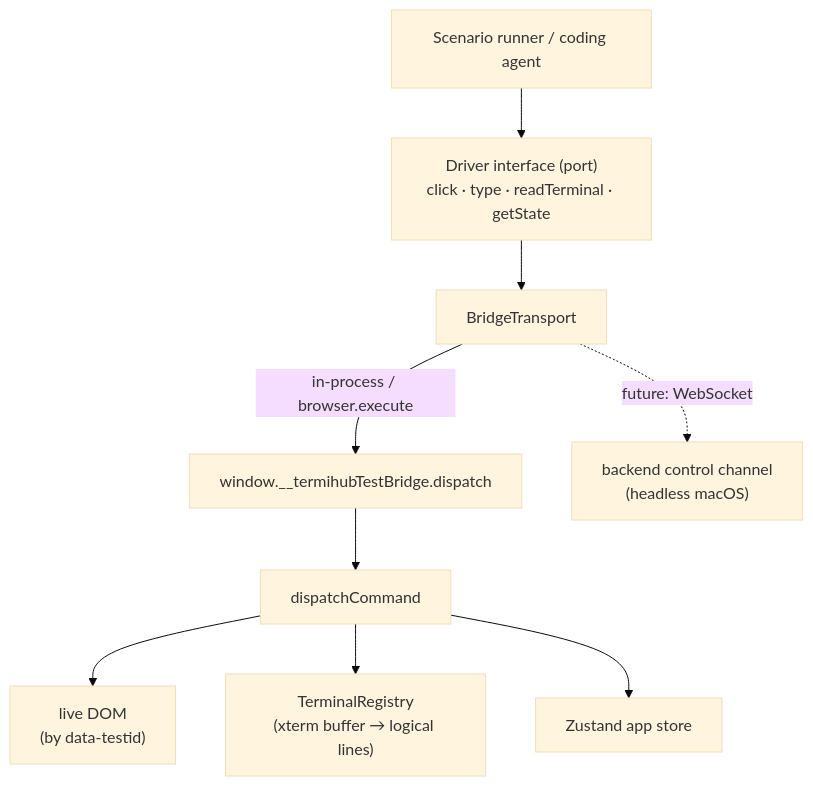
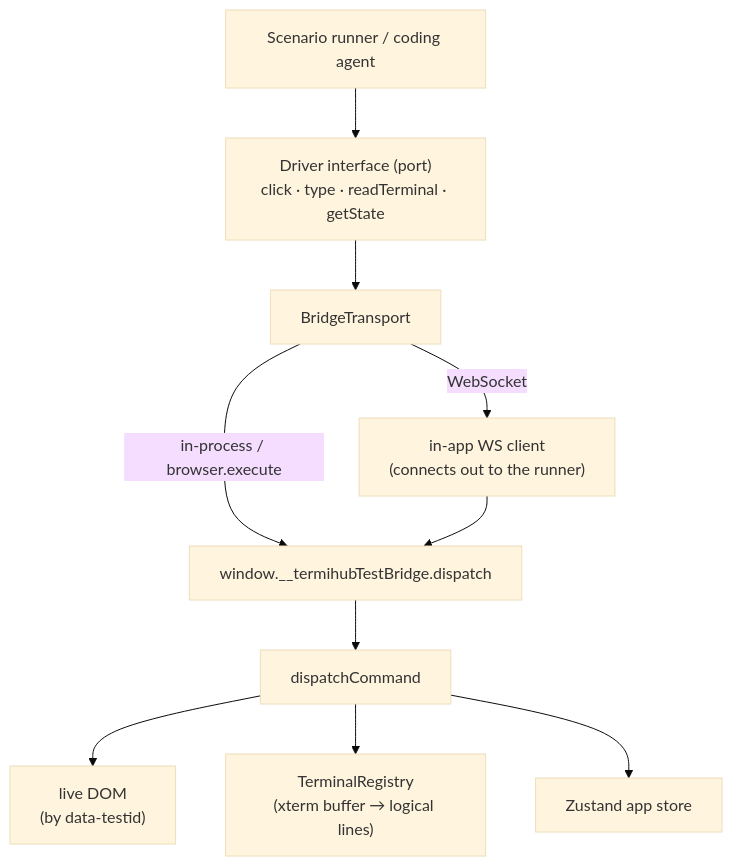
One commit to armaxri/termiHub changed the first of 2 diagrams in docs/test-bridge.md. Above: the diagram before and after it, drawn with Mermaid (base theme). The commit also changed other lines of this file and 1 other file, not shown here.

First line of the commit message:
docs(testbridge): document the cross-platform WebSocket transport

````diff
--- a/docs/test-bridge.md
+++ b/docs/test-bridge.md
@@ -30,11 +30,12 @@
 ```mermaid
 flowchart TD
     R["Scenario runner / coding agent"] --> D["Driver interface (port)<br/>click · type · readTerminal · getState"]
     D --> T["BridgeTransport"]
     T -->|in-process / browser.execute| G["window.__termihubTestBridge.dispatch"]
-    T -.->|future: WebSocket| WS["backend control channel<br/>(headless macOS)"]
+    T -->|WebSocket| WSC["in-app WS client<br/>(connects out to the runner)"]
+    WSC --> G
     G --> DP["dispatchCommand"]
     DP --> DOM["live DOM<br/>(by data-testid)"]
     DP --> REG["TerminalRegistry<br/>(xterm buffer → logical lines)"]
     DP --> ST["Zustand app store"]
 ```
````
